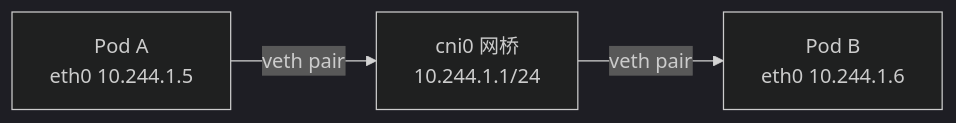
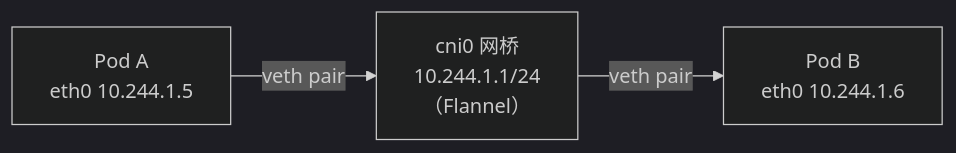
One commit to yintp/glory changed the third of 6 diagrams in ops/network/05-system-design/cloud-native.md. Above: the diagram before and after it, drawn with Mermaid (dark theme). The commit also changed other lines of this file, not shown here.

````diff
--- a/ops/network/05-system-design/cloud-native.md
+++ b/ops/network/05-system-design/cloud-native.md
@@ -330,5 +332,5 @@
 ```mermaid
 flowchart LR
-    PodA[Pod A<br/>eth0 10.244.1.5] -->|veth pair| Bridge[cni0 网桥<br/>10.244.1.1/24]
+    PodA[Pod A<br/>eth0 10.244.1.5] -->|veth pair| Bridge[cni0 网桥<br/>10.244.1.1/24<br/>（Flannel）]
     Bridge -->|veth pair| PodB[Pod B<br/>eth0 10.244.1.6]
 ```
````
